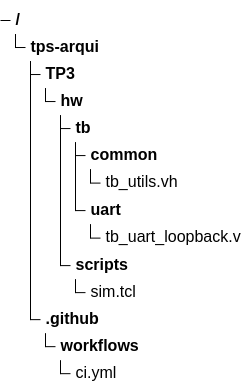
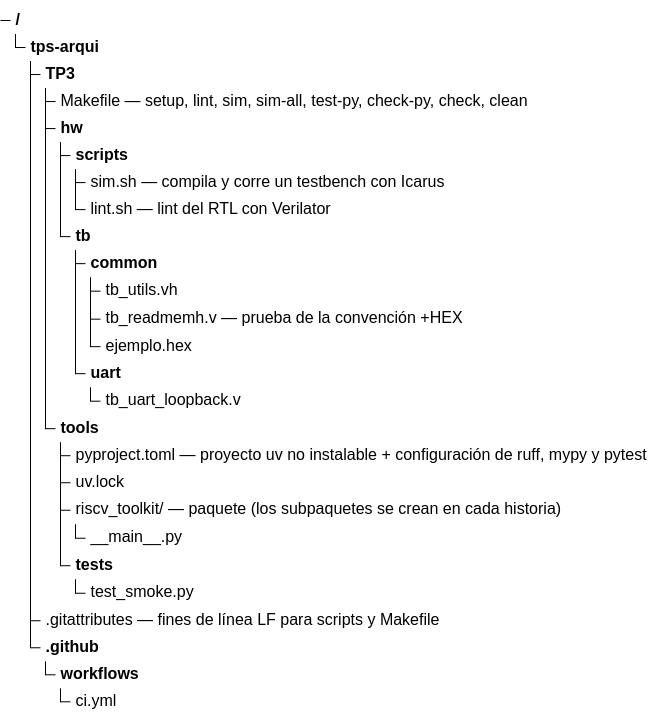
Before and after one commit to nicopinera/tps-arqui: the fourth of 47 diagrams in docs/PRD-pipeline-riscv.md, drawn with Mermaid. The commit also changed other lines of this file and 103 other files, not shown here.

````diff
--- a/docs/PRD-pipeline-riscv.md
+++ b/docs/PRD-pipeline-riscv.md
@@ -527,16 +567,28 @@
 ```mermaid
 treeView-beta
     "tps-arqui/"
         "TP3/"
+            "Makefile — setup, lint, sim, sim-all, test-py, check-py, check, clean"
             "hw/"
+                "scripts/"
+                    "sim.sh — compila y corre un testbench con Icarus"
+                    "lint.sh — lint del RTL con Verilator"
                 "tb/"
                     "common/"
                         "tb_utils.vh"
+                        "tb_readmemh.v — prueba de la convención +HEX"
+                        "ejemplo.hex"
                     "uart/"
                         "tb_uart_loopback.v"
-                "scripts/"
-                    "sim.tcl"
+            "tools/"
+                "pyproject.toml — proyecto uv no instalable + configuración de ruff, mypy y pytest"
+                "uv.lock"
+                "riscv_toolkit/ — paquete (los subpaquetes se crean en cada historia)"
+                    "__main__.py"
+                "tests/"
+                    "test_smoke.py"
+        ".gitattributes — fines de línea LF para scripts y Makefile"
         ".github/"
             "workflows/"
                 "ci.yml"
 ```
````
